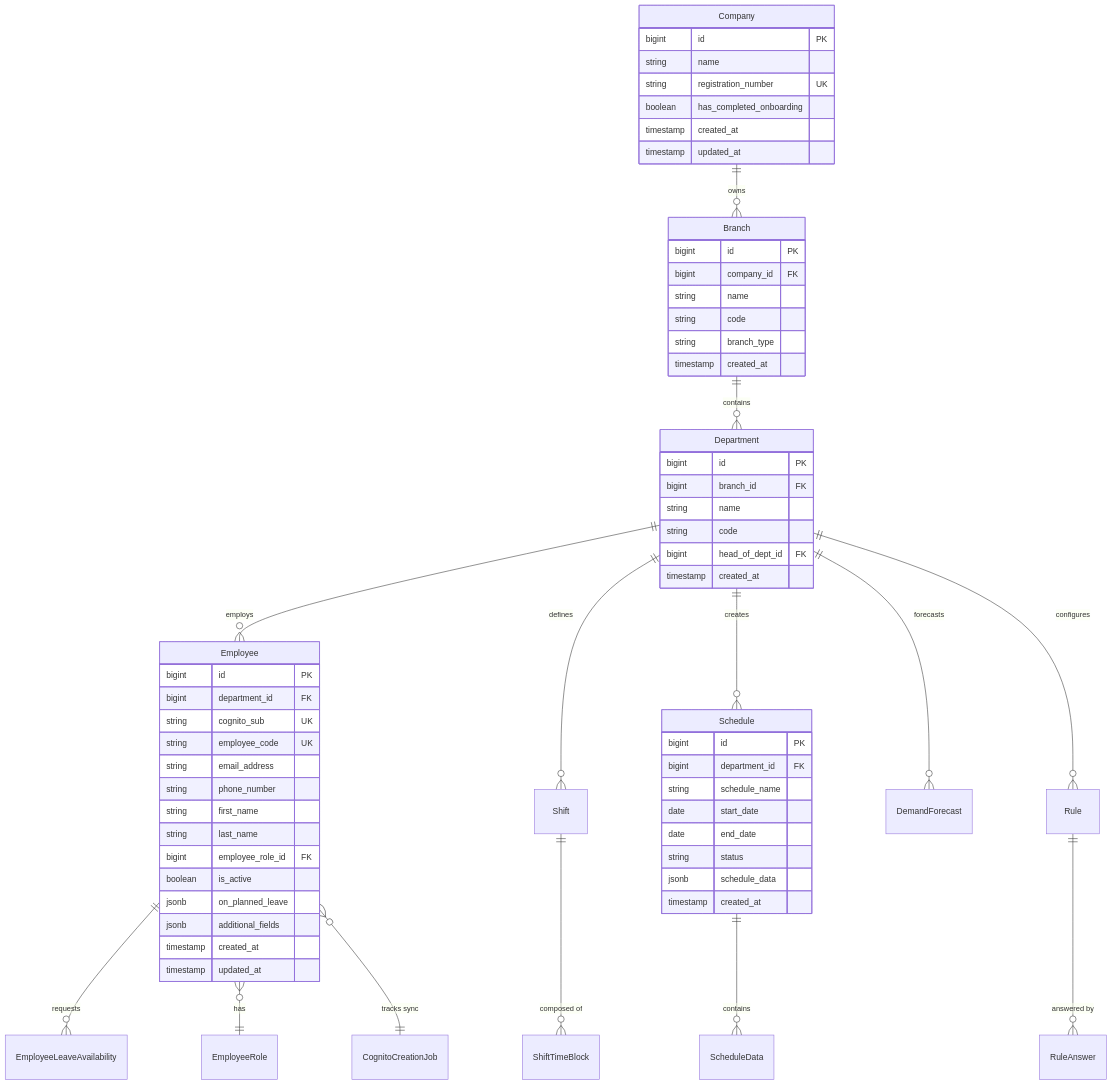
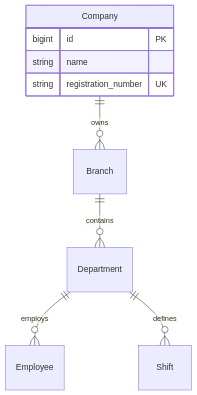
Before and after one commit to moses1998lee/horaion-documentation: the diagram in technical_documentation/06_DATABASE_SPECIFICATIONS.md, drawn with Mermaid. The commit also changed other lines of this file and 7 other files, not shown here.

````diff
--- a/technical_documentation/06_DATABASE_SPECIFICATIONS.md
+++ b/technical_documentation/06_DATABASE_SPECIFICATIONS.md
@@ -21,73 +15,13 @@
 ```mermaid
 erDiagram
     Company ||--o{ Branch : "owns"
     Branch ||--o{ Department : "contains"
     Department ||--o{ Employee : "employs"
     Department ||--o{ Shift : "defines"
-    Department ||--o{ Schedule : "creates"
-    Department ||--o{ DemandForecast : "forecasts"
-    Department ||--o{ Rule : "configures"
-    
-    Employee ||--o{ EmployeeLeaveAvailability : "requests"
-    Employee }o--|| EmployeeRole : "has"
-    Employee }o--|| CognitoCreationJob : "tracks sync"
-    
-    Schedule ||--o{ ScheduleData : "contains"
-    Shift ||--o{ ShiftTimeBlock : "composed of"
-    Rule ||--o{ RuleAnswer : "answered by"
     
     Company {
         bigint id PK
         string name
         string registration_number UK
-        boolean has_completed_onboarding
-        timestamp created_at
-        timestamp updated_at
-    }
-    
-    Branch {
-        bigint id PK
-        bigint company_id FK
-        string name
-        string code
-        string branch_type
-        timestamp created_at
-    }
-    
-    Department {
-        bigint id PK
-        bigint branch_id FK
-        string name
-        string code
-        bigint head_of_dept_id FK
-        timestamp created_at
-    }
-    
-    Employee {
-        bigint id PK
-        bigint department_id FK
-        string cognito_sub UK
-        string employee_code UK
-        string email_address
-        string phone_number
-        string first_name
-        string last_name
-        bigint employee_role_id FK
-        boolean is_active
-        jsonb on_planned_leave
-        jsonb additional_fields
-        timestamp created_at
-        timestamp updated_at
-    }
-    
-    Schedule {
-        bigint id PK
-        bigint department_id FK
-        string schedule_name
-        date start_date
-        date end_date
-        string status
-        jsonb schedule_data
-        timestamp created_at
     }
 ```
````
